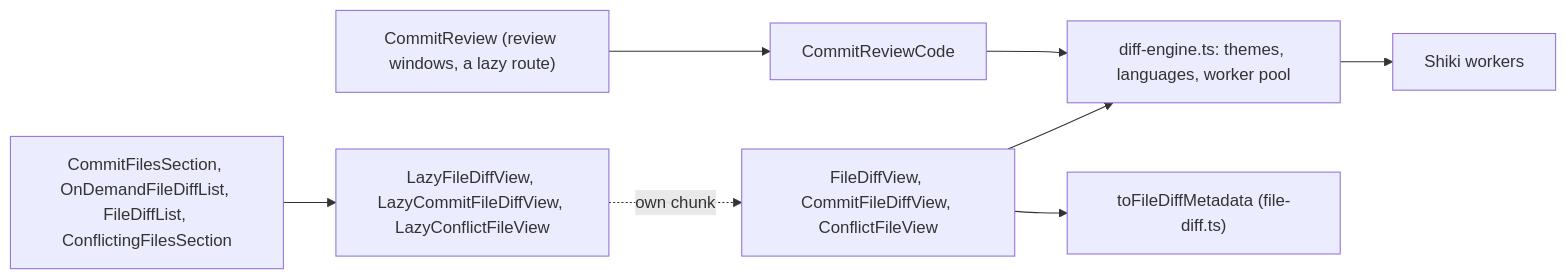
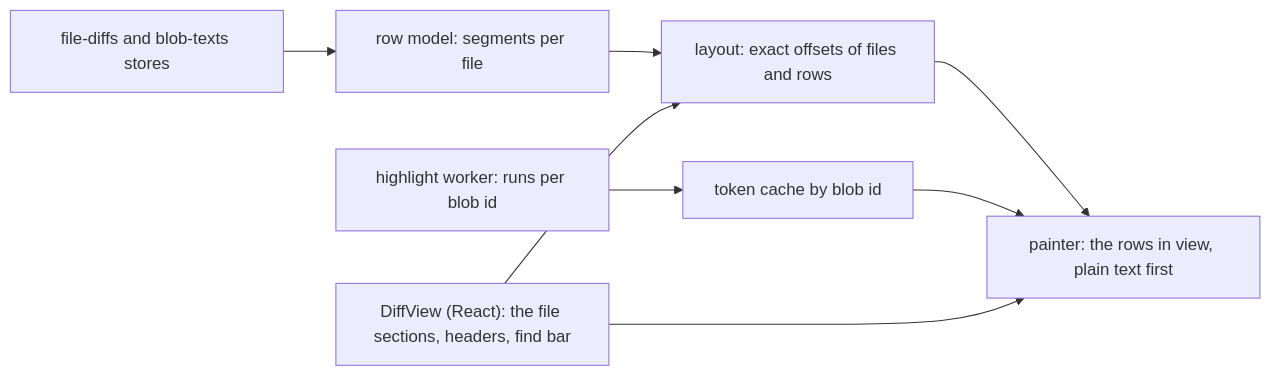
The diagram in docs/design/diff-view.md (develar/branch-deck), drawn with Mermaid before and after one commit. The commit also changed other lines of this file and 106 other files, not shown here.

````diff
--- a/docs/design/diff-view.md
+++ b/docs/design/diff-view.md
@@ -29,10 +56,10 @@
 ```mermaid
 flowchart LR
-    V["CommitFilesSection, OnDemandFileDiffList, FileDiffList, ConflictingFilesSection"] --> L["LazyFileDiffView, LazyCommitFileDiffView, LazyConflictFileView"]
-    L -. "own chunk" .-> F["FileDiffView, CommitFileDiffView, ConflictFileView"]
-    R["CommitReview (review windows, a lazy route)"] --> C["CommitReviewCode"]
-    C --> E
-    F --> A["toFileDiffMetadata (file-diff.ts)"]
-    F --> E["diff-engine.ts: themes, languages, worker pool"]
-    E --> W["Shiki workers"]
+    S["file-diffs and blob-texts stores"] --> M["row model: segments per file"]
+    M --> L["layout: exact offsets of files and rows"]
+    L --> P["painter: the rows in view, plain text first"]
+    W["highlight worker: runs per blob id"] --> T["token cache by blob id"]
+    T --> P
+    R["DiffView (React): the file sections, headers, find bar"] --> L
+    R --> P
 ```
````
